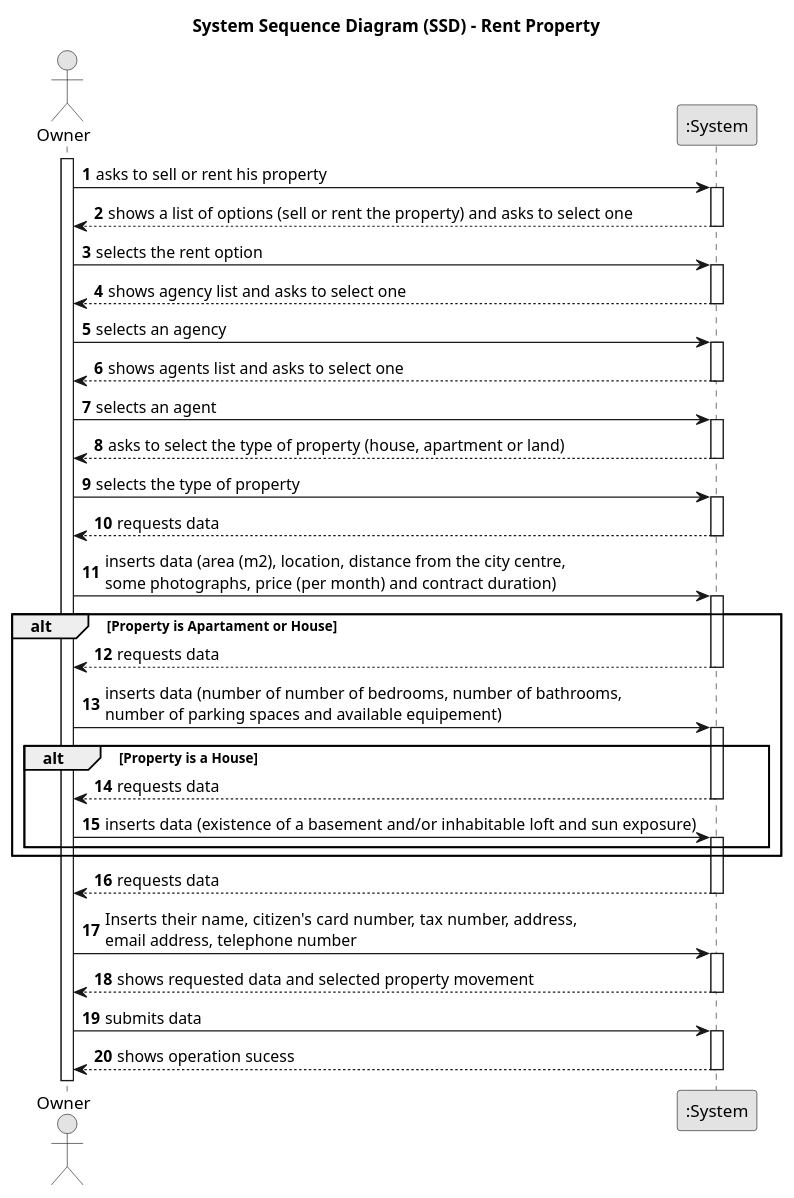
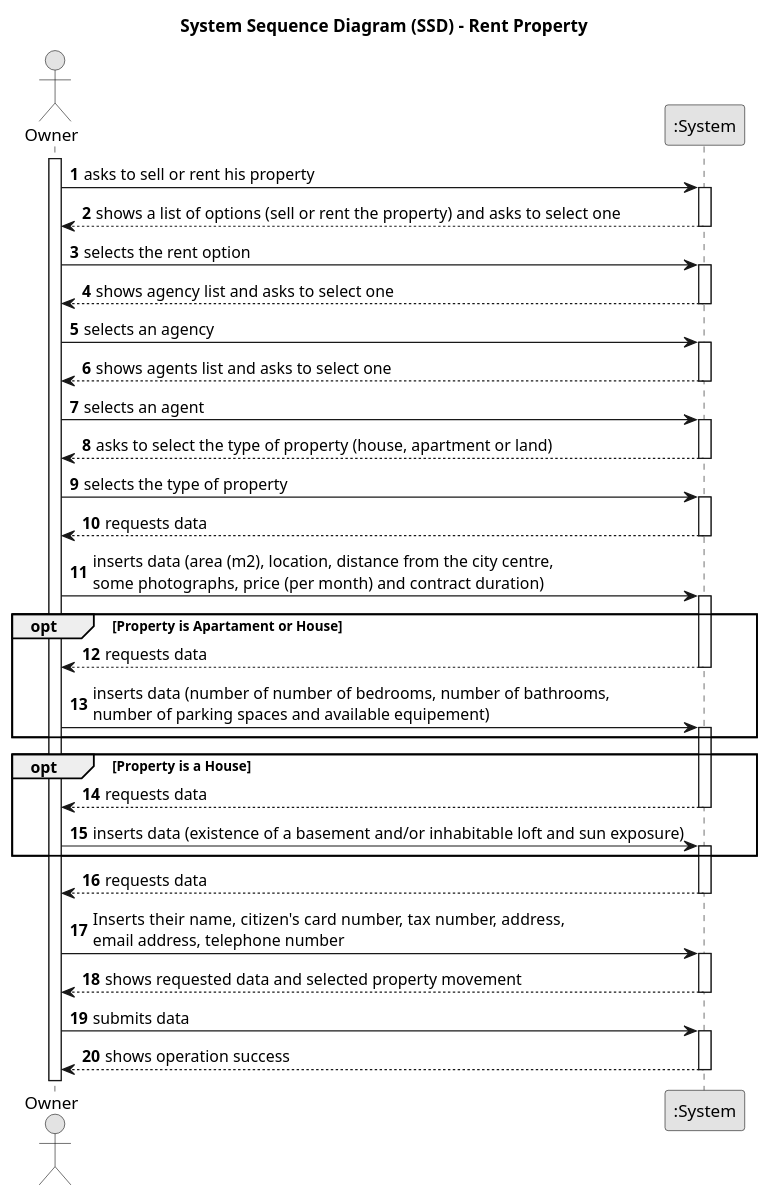
One commit to 1220812/LAPR2 changed the diagram in docs/sprintA/us004/01.requirements-engineering/puml/us004-system-sequence-diagram-rent.puml. Above: the diagram before and after it, drawn with PlantUML. The commit also changed 3 other files, not shown here.

```diff
--- a/docs/sprintA/us004/01.requirements-engineering/puml/us004-system-sequence-diagram-rent.puml
+++ b/docs/sprintA/us004/01.requirements-engineering/puml/us004-system-sequence-diagram-rent.puml
@@ -1,81 +1,81 @@
 @startuml
 skinparam monochrome true
 skinparam packageStyle rectangle
 skinparam shadowing false
 
 title System Sequence Diagram (SSD) - Rent Property
 
 autonumber
 
 actor "Owner" as Owner
 participant ":System" as System
 
 activate Owner
 
     Owner -> System : asks to sell or rent his property
     activate System
 
         System --> Owner : shows a list of options (sell or rent the property) and asks to select one
     deactivate System
 
     Owner -> System : selects the rent option
     activate System
 
         System --> Owner : shows agency list and asks to select one
     deactivate System
 
     Owner -> System : selects an agency
     activate System
 
         System --> Owner : shows agents list and asks to select one
     deactivate System
 
     Owner -> System : selects an agent
     activate System
 
         System --> Owner : asks to select the type of property (house, apartment or land)
     deactivate System
     Owner -> System : selects the type of property
         activate System
 
         System --> Owner : requests data
 
     deactivate System
     Owner -> System : inserts data (area (m2), location, distance from the city centre, \nsome photographs, price (per month) and contract duration)
     activate System
-    alt Property is Apartament or House
+    opt Property is Apartament or House
 
         System --> Owner : requests data
     deactivate System
 
     Owner -> System : inserts data (number of number of bedrooms, number of bathrooms, \nnumber of parking spaces and available equipement)
     activate System
 
-        alt Property is a House
+    end
+    opt Property is a House
 
-               System --> Owner : requests data
-        deactivate System
+         System --> Owner : requests data
+    deactivate System
 
-        Owner -> System : inserts data (existence of a basement and/or inhabitable loft and sun exposure)
-        activate System
-        end
+    Owner -> System : inserts data (existence of a basement and/or inhabitable loft and sun exposure)
+    activate System
 
     end
-              System --> Owner : requests data
-              deactivate System
+          System --> Owner : requests data
+    deactivate System
 
 
-              Owner -> System : Inserts their name, citizen's card number, tax number, address, \nemail address, telephone number
-              activate System
+    Owner -> System : Inserts their name, citizen's card number, tax number, address, \nemail address, telephone number
+    activate System
 
-              System --> Owner : shows requested data and selected property movement
+           System --> Owner : shows requested data and selected property movement
 
-              deactivate System
+    deactivate System
 
-        Owner -> System : submits data
-        activate System
+    Owner -> System : submits data
+    activate System
 
-               System --> Owner : shows operation sucess
-        deactivate System
+            System --> Owner : shows operation success
+    deactivate System
 
 @enduml
```
